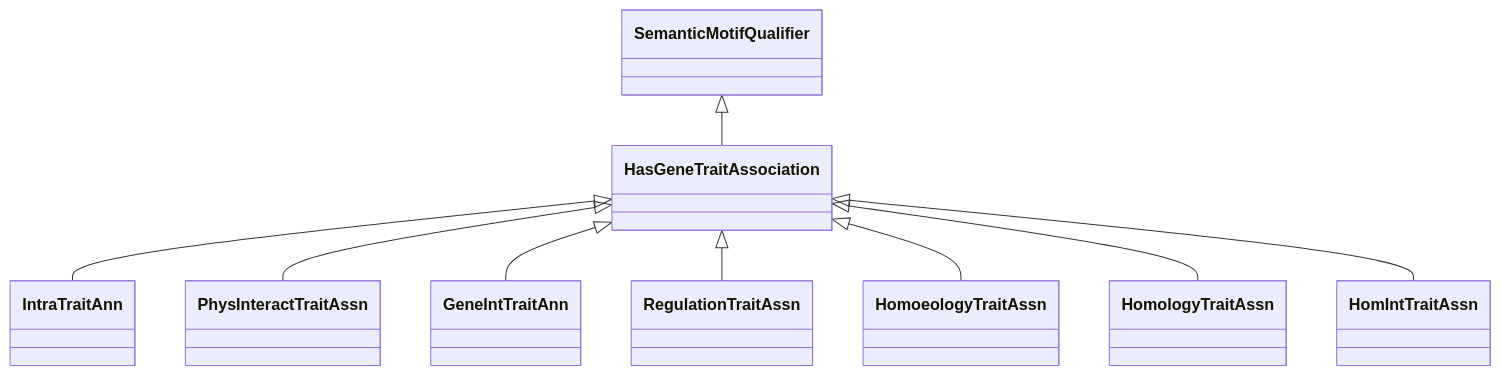
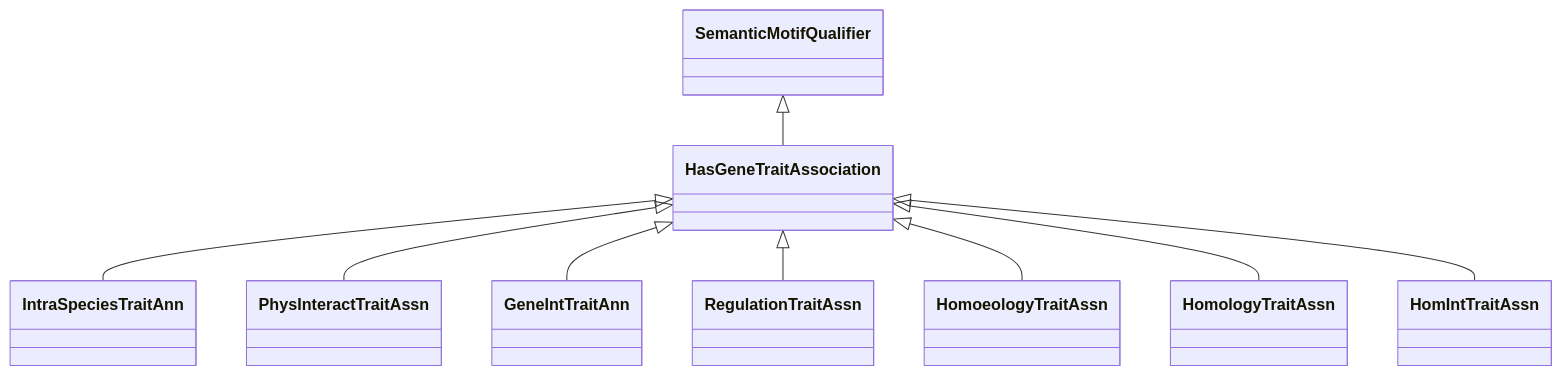
One commit to KnetMiner/knetminer-schemas changed the diagram in semantic-motif-taxonomy/knet-motif-categories-doc/HasGeneTraitAssociation.md. Above: the diagram before and after it, drawn with Mermaid. The commit also changed other lines of this file and 29 other files, not shown here.

````diff
--- a/semantic-motif-taxonomy/knet-motif-categories-doc/HasGeneTraitAssociation.md
+++ b/semantic-motif-taxonomy/knet-motif-categories-doc/HasGeneTraitAssociation.md
@@ -27,26 +27,26 @@
 ```mermaid
  classDiagram
     class HasGeneTraitAssociation
     click HasGeneTraitAssociation href "../HasGeneTraitAssociation"
       SemanticMotifQualifier <|-- HasGeneTraitAssociation
         click SemanticMotifQualifier href "../SemanticMotifQualifier"
       
 
-      HasGeneTraitAssociation <|-- IntraTraitAnn
-        click IntraTraitAnn href "../IntraTraitAnn"
+      HasGeneTraitAssociation <|-- IntraSpeciesTraitAnn
+        click IntraSpeciesTraitAnn href "../IntraSpeciesTraitAnn"
       HasGeneTraitAssociation <|-- PhysInteractTraitAssn
         click PhysInteractTraitAssn href "../PhysInteractTraitAssn"
       HasGeneTraitAssociation <|-- GeneIntTraitAnn
         click GeneIntTraitAnn href "../GeneIntTraitAnn"
       HasGeneTraitAssociation <|-- RegulationTraitAssn
         click RegulationTraitAssn href "../RegulationTraitAssn"
       HasGeneTraitAssociation <|-- HomoeologyTraitAssn
         click HomoeologyTraitAssn href "../HomoeologyTraitAssn"
       HasGeneTraitAssociation <|-- HomologyTraitAssn
         click HomologyTraitAssn href "../HomologyTraitAssn"
       HasGeneTraitAssociation <|-- HomIntTraitAssn
         click HomIntTraitAssn href "../HomIntTraitAssn"
       
       
       
 ```
````
